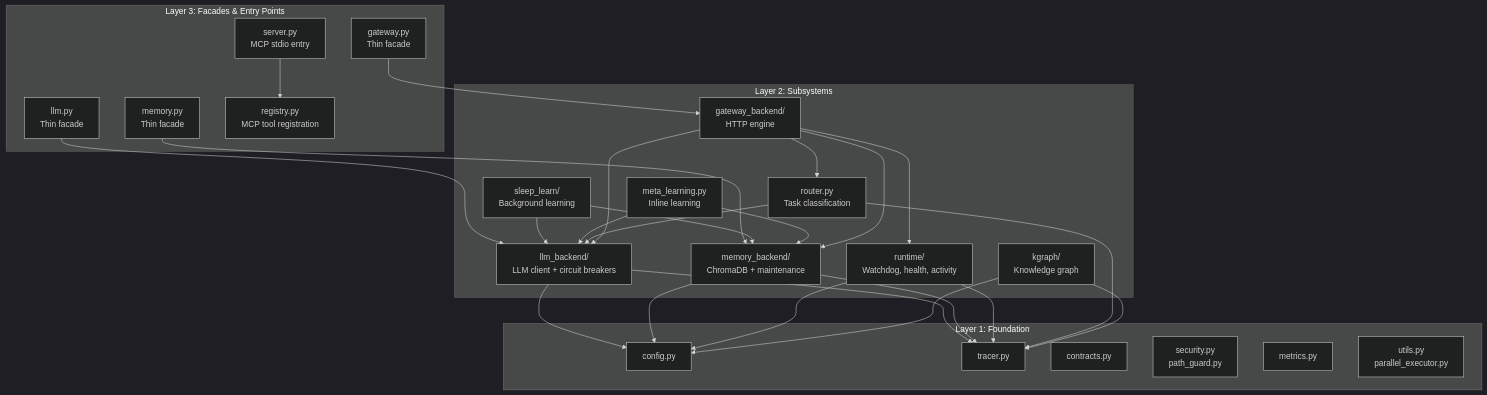
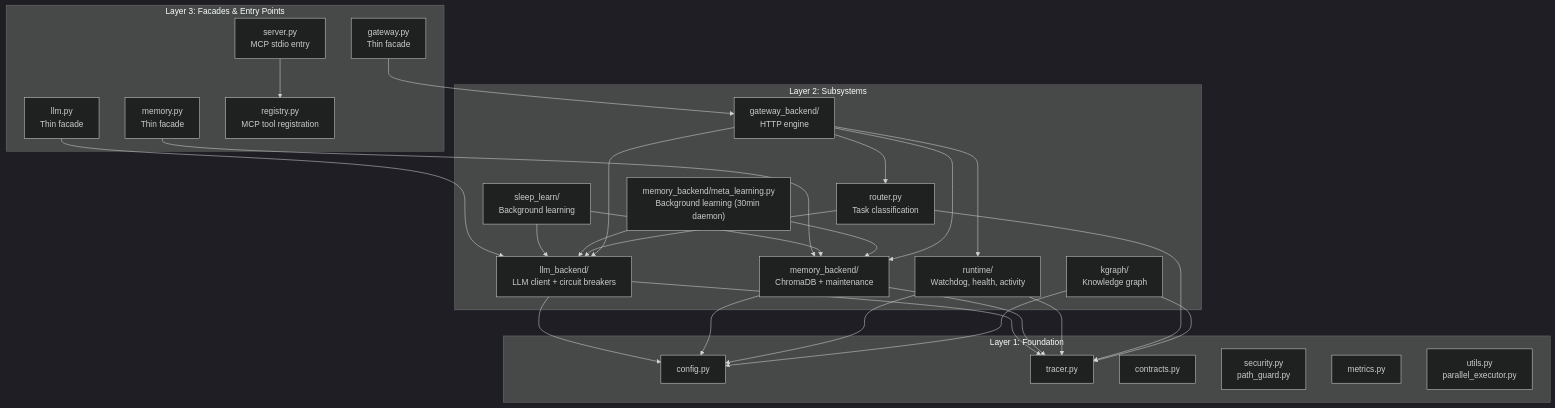
Before and after one commit to brunogcar/agent: the diagram in docs/CORE.md, drawn with Mermaid (dark theme). The commit also changed other lines of this file and 12 other files, not shown here.

````diff
--- a/docs/CORE.md
+++ b/docs/CORE.md
@@ -33,50 +33,50 @@
 ```mermaid
 graph TD
     subgraph "Layer 3: Facades & Entry Points"
         LLM_F["llm.py\nThin facade"]
         MEM_F["memory.py\nThin facade"]
         GW_F["gateway.py\nThin facade"]
         SRV["server.py\nMCP stdio entry"]
         REG["registry.py\nMCP tool registration"]
     end
     subgraph "Layer 2: Subsystems"
         LLM_B["llm_backend/\nLLM client + circuit breakers"]
         MEM_B["memory_backend/\nChromaDB + maintenance"]
         SL["sleep_learn/\nBackground learning"]
-        ML["meta_learning.py\nInline learning"]
+        ML["memory_backend/meta_learning.py\nBackground learning (30min daemon)"]
         RT["runtime/\nWatchdog, health, activity"]
         RTR["router.py\nTask classification"]
         GW_B["gateway_backend/\nHTTP engine"]
         KG["kgraph/\nKnowledge graph"]
     end
     subgraph "Layer 1: Foundation"
         CFG["config.py"]
         TRC["tracer.py"]
         CTR["contracts.py"]
         SEC["security.py\npath_guard.py"]
         MET["metrics.py"]
         UTL["utils.py\nparallel_executor.py"]
     end
     LLM_F --> LLM_B
     MEM_F --> MEM_B
     GW_F --> GW_B
     SRV --> REG
     LLM_B --> CFG
     LLM_B --> TRC
     MEM_B --> CFG
     MEM_B --> TRC
     SL --> LLM_B
     SL --> MEM_B
     ML --> LLM_B
     ML --> MEM_B
     RT --> CFG
     RT --> TRC
     RTR --> LLM_B
     RTR --> TRC
     GW_B --> RT
     GW_B --> RTR
     GW_B --> LLM_B
     GW_B --> MEM_B
     KG --> CFG
     KG --> TRC
 ```
````
